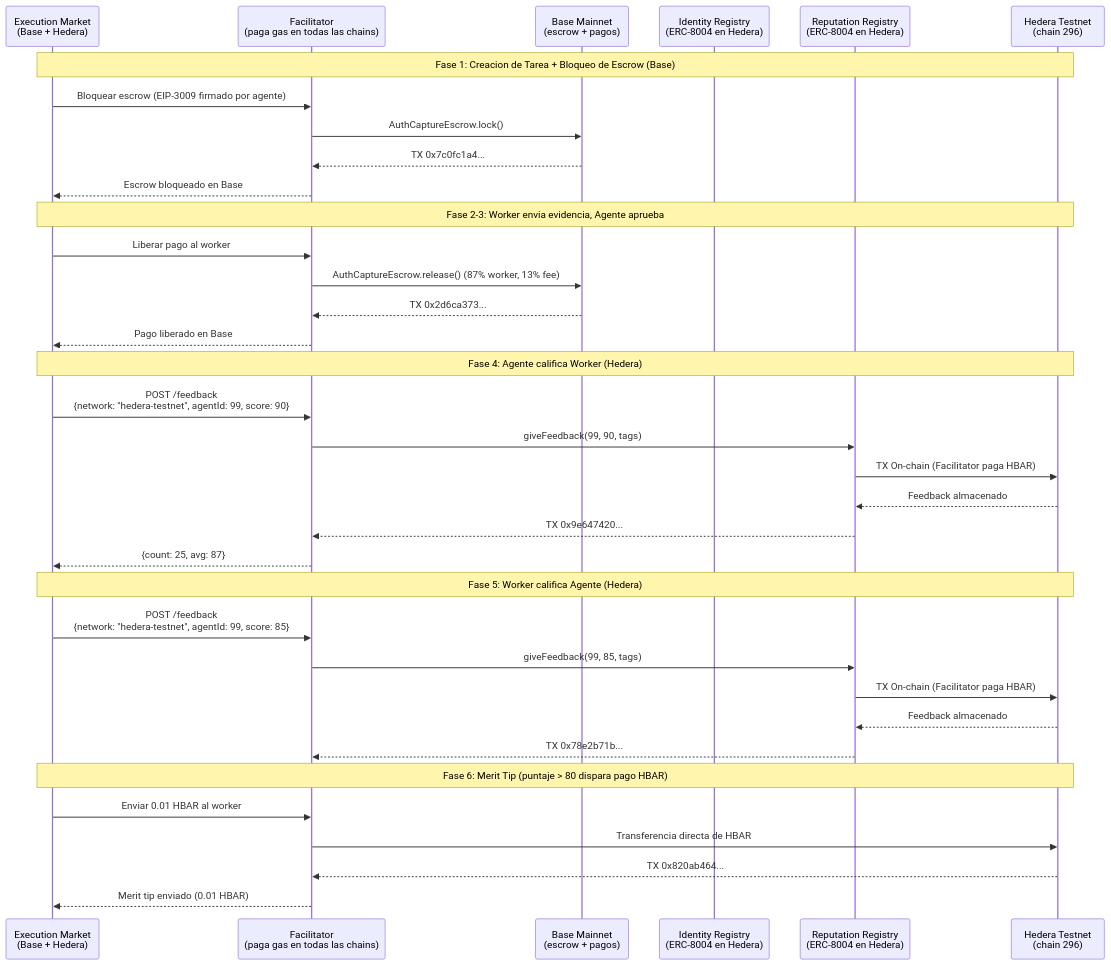
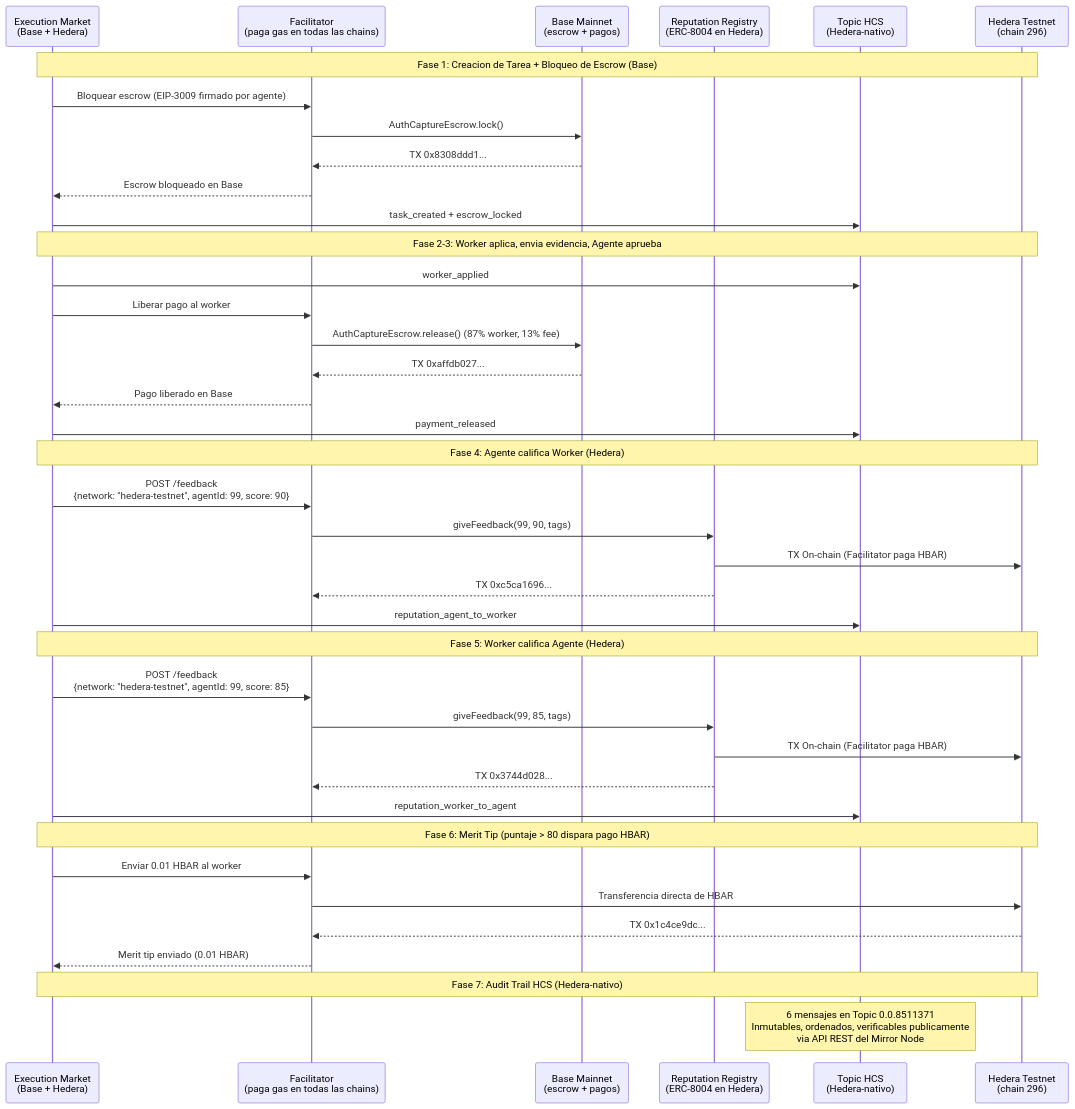
Before and after one commit to yesig3/em-cannes-hackathon: the diagram in hedera/PROOF_OF_INTEGRATION.es.md, drawn with Mermaid. The commit also changed other lines of this file and 5 other files, not shown here.

First line of the commit message:
docs: update all documentation with HCS integration + Golden Flow 7/7

````diff
--- a/hedera/PROOF_OF_INTEGRATION.es.md
+++ b/hedera/PROOF_OF_INTEGRATION.es.md
@@ -164,42 +215,47 @@
 ```mermaid
 sequenceDiagram
     participant EM as Execution Market<br/>(Base + Hedera)
     participant F as Facilitator<br/>(paga gas en todas las chains)
     participant B as Base Mainnet<br/>(escrow + pagos)
-    participant IR as Identity Registry<br/>(ERC-8004 en Hedera)
     participant RR as Reputation Registry<br/>(ERC-8004 en Hedera)
+    participant HCS as Topic HCS<br/>(Hedera-nativo)
     participant H as Hedera Testnet<br/>(chain 296)
 
     Note over EM,H: Fase 1: Creacion de Tarea + Bloqueo de Escrow (Base)
     EM->>F: Bloquear escrow (EIP-3009 firmado por agente)
     F->>B: AuthCaptureEscrow.lock()
-    B-->>F: TX 0x7c0fc1a4...
+    B-->>F: TX 0x8308ddd1...
     F-->>EM: Escrow bloqueado en Base
+    EM->>HCS: task_created + escrow_locked
 
-    Note over EM,H: Fase 2-3: Worker envia evidencia, Agente aprueba
+    Note over EM,H: Fase 2-3: Worker aplica, envia evidencia, Agente aprueba
+    EM->>HCS: worker_applied
     EM->>F: Liberar pago al worker
     F->>B: AuthCaptureEscrow.release() (87% worker, 13% fee)
-    B-->>F: TX 0x2d6ca373...
+    B-->>F: TX 0xaffdb027...
     F-->>EM: Pago liberado en Base
+    EM->>HCS: payment_released
 
     Note over EM,H: Fase 4: Agente califica Worker (Hedera)
     EM->>F: POST /feedback<br/>{network: "hedera-testnet", agentId: 99, score: 90}
     F->>RR: giveFeedback(99, 90, tags)
     RR->>H: TX On-chain (Facilitator paga HBAR)
-    H-->>RR: Feedback almacenado
-    RR-->>F: TX 0x9e647420...
-    F-->>EM: {count: 25, avg: 87}
+    RR-->>F: TX 0xc5ca1696...
+    EM->>HCS: reputation_agent_to_worker
 
     Note over EM,H: Fase 5: Worker califica Agente (Hedera)
     EM->>F: POST /feedback<br/>{network: "hedera-testnet", agentId: 99, score: 85}
     F->>RR: giveFeedback(99, 85, tags)
     RR->>H: TX On-chain (Facilitator paga HBAR)
-    H-->>RR: Feedback almacenado
-    RR-->>F: TX 0x78e2b71b...
+    RR-->>F: TX 0x3744d028...
+    EM->>HCS: reputation_worker_to_agent
 
     Note over EM,H: Fase 6: Merit Tip (puntaje > 80 dispara pago HBAR)
     EM->>F: Enviar 0.01 HBAR al worker
     F->>H: Transferencia directa de HBAR
-    H-->>F: TX 0x820ab464...
+    H-->>F: TX 0x1c4ce9dc...
     F-->>EM: Merit tip enviado (0.01 HBAR)
+
+    Note over EM,H: Fase 7: Audit Trail HCS (Hedera-nativo)
+    Note over HCS: 6 mensajes en Topic 0.0.8511371<br/>Inmutables, ordenados, verificables publicamente<br/>via API REST del Mirror Node
 ```
````
